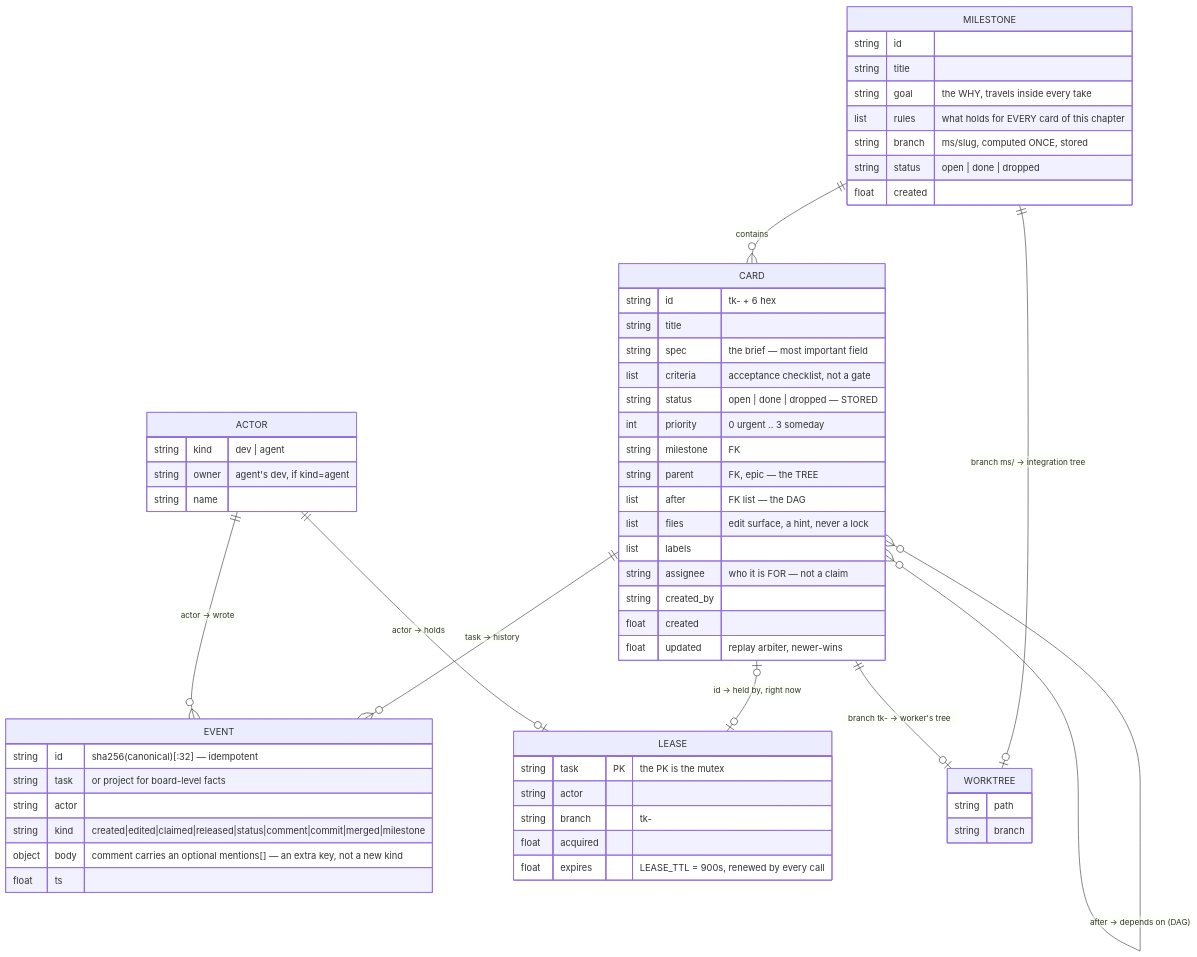
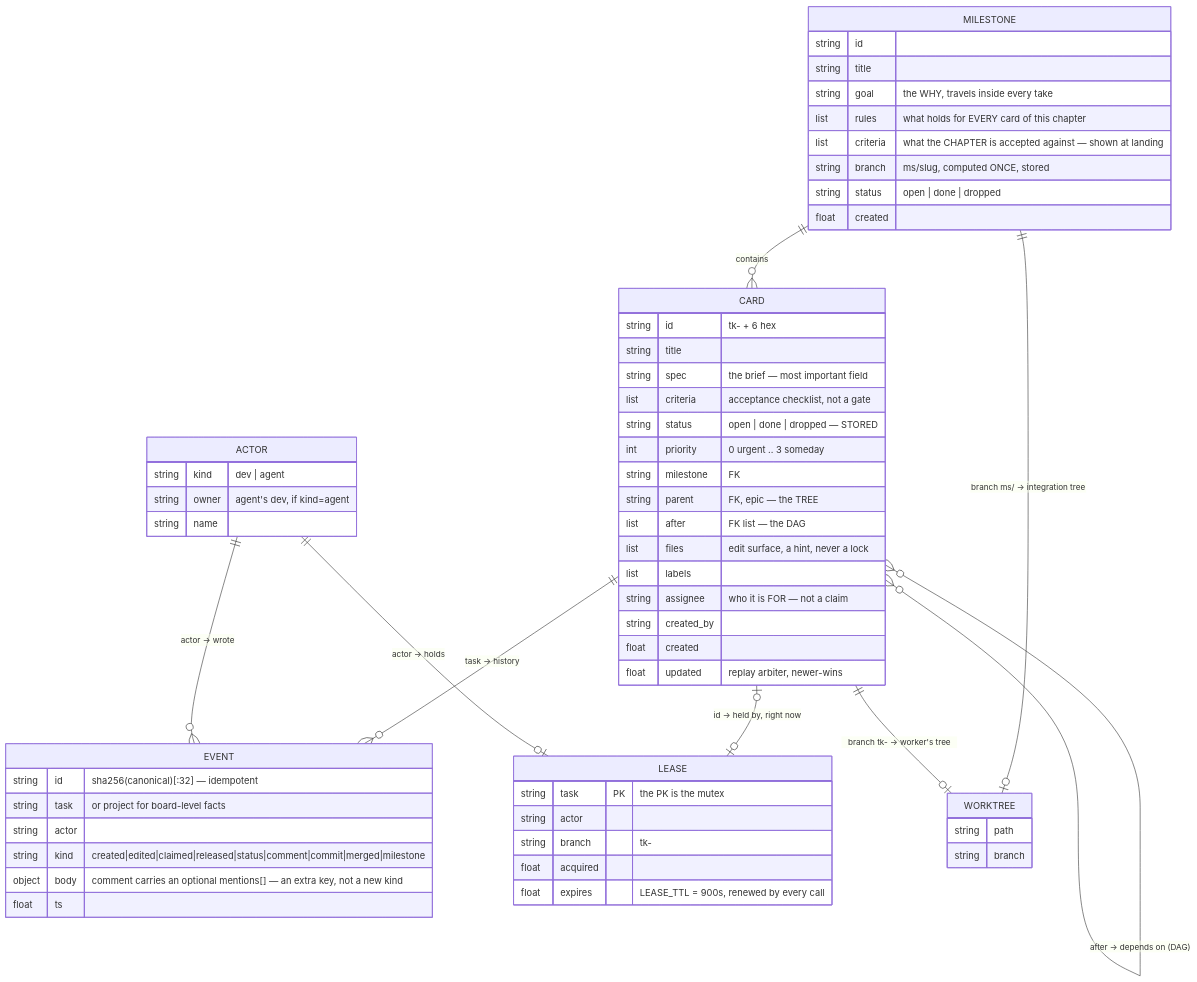
The first of 8 diagrams in ARCHITECTURE.md (bernatch22/taskops), drawn with Mermaid before and after one commit. The commit also changed other lines of this file and 12 other files, not shown here.

First line of the commit message:
the chapter gets its own criteria, and the seams-first rule rides the handshake

````diff
--- a/ARCHITECTURE.md
+++ b/ARCHITECTURE.md
@@ -65,63 +65,64 @@
 ```mermaid
 erDiagram
     MILESTONE ||--o{ CARD : "contains"
     CARD ||--o{ CARD : "parent → subtasks (tree)"
     CARD }o--o{ CARD : "after → depends on (DAG)"
     CARD ||--o{ EVENT : "task → history"
     CARD |o--o| LEASE : "id → held by, right now"
     ACTOR ||--o{ EVENT : "actor → wrote"
     ACTOR ||--o| LEASE : "actor → holds"
     MILESTONE ||--o| WORKTREE : "branch ms/<slug> → integration tree"
     CARD ||--o| WORKTREE : "branch tk-<id> → worker's tree"
 
     MILESTONE {
         string id
         string title
         string goal "the WHY, travels inside every take"
         list rules "what holds for EVERY card of this chapter"
+        list criteria "what the CHAPTER is accepted against — shown at landing"
         string branch "ms/slug, computed ONCE, stored"
         string status "open | done | dropped"
         float created
     }
     CARD {
         string id "tk- + 6 hex"
         string title
         string spec "the brief — most important field"
         list criteria "acceptance checklist, not a gate"
         string status "open | done | dropped — STORED"
         int priority "0 urgent .. 3 someday"
         string milestone "FK"
         string parent "FK, epic — the TREE"
         list after "FK list — the DAG"
         list files "edit surface, a hint, never a lock"
         list labels
         string assignee "who it is FOR — not a claim"
         string created_by
         float created
         float updated "replay arbiter, newer-wins"
     }
     EVENT {
         string id "sha256(canonical)[:32] — idempotent"
         string task "or project for board-level facts"
         string actor
         string kind "created|edited|claimed|released|status|comment|commit|merged|milestone"
         object body "comment carries an optional mentions[] — an extra key, not a new kind"
         float ts
     }
     LEASE {
         string task PK "the PK is the mutex"
         string actor
         string branch "tk-<id>"
         float acquired
         float expires "LEASE_TTL = 900s, renewed by every call"
     }
     ACTOR {
         string kind "dev | agent"
         string owner "agent's dev, if kind=agent"
         string name
     }
     WORKTREE {
         string path
         string branch
     }
 ```
````
